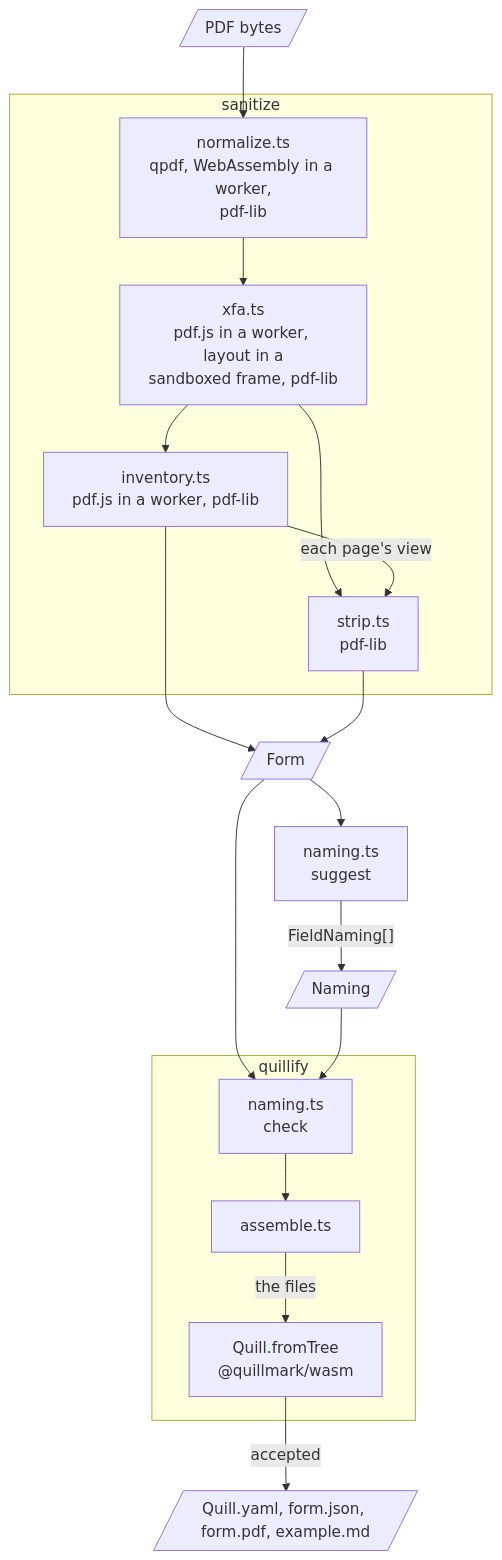
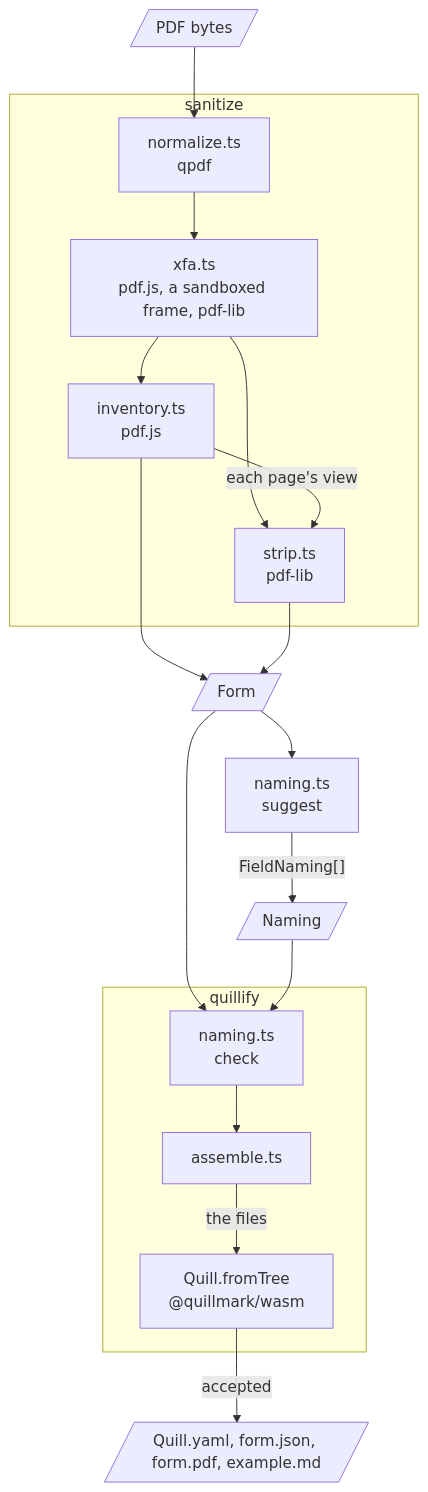
Before and after one commit to blackpeacockprinting/quillify: the diagram in prose/canon/ARCHITECTURE.md, drawn with Mermaid. The commit also changed other lines of this file and 2 other files, not shown here.

First line of the commit message:
The architecture page and two READMEs say only what a reader acts on

````diff
--- a/prose/canon/ARCHITECTURE.md
+++ b/prose/canon/ARCHITECTURE.md
@@ -9,19 +9,19 @@
 ```mermaid
 flowchart TD
     pdf[/PDF bytes/] --> normalize
     subgraph sanitize
-        normalize["normalize.ts<br/>qpdf, WebAssembly in a worker,<br/>pdf-lib"] --> xfa["xfa.ts<br/>pdf.js in a worker, layout in a<br/>sandboxed frame, pdf-lib"]
-        xfa --> inventory["inventory.ts<br/>pdf.js in a worker, pdf-lib"]
+        normalize["normalize.ts<br/>qpdf"] --> xfa["xfa.ts<br/>pdf.js, a sandboxed frame, pdf-lib"]
+        xfa --> inventory["inventory.ts<br/>pdf.js"]
         xfa --> strip["strip.ts<br/>pdf-lib"]
         inventory -->|"each page's view"| strip
     end
     inventory --> form[/Form/]
     strip --> form
     form --> suggest["naming.ts<br/>suggest"] -->|"FieldNaming[]"| naming[/Naming/]
     form --> check
     naming --> check
     subgraph quillify
         check["naming.ts<br/>check"] --> assemble["assemble.ts"] -->|the files| engine["Quill.fromTree<br/>@quillmark/wasm"]
     end
     engine -->|accepted| tree[/"Quill.yaml, form.json, form.pdf, example.md"/]
 ```
````
